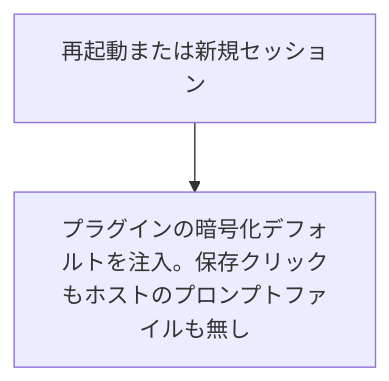
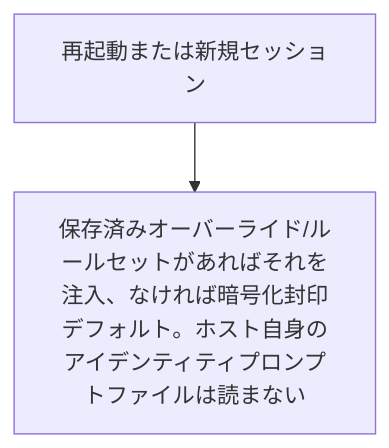
One commit to qiuqianyi66/dsh-purge changed the second of 3 diagrams in README.ja.md. Above: the diagram before and after it, drawn with Mermaid. The commit also changed other lines of this file and 2 other files, not shown here.

````diff
--- a/README.ja.md
+++ b/README.ja.md
@@ -509,4 +515,4 @@
 ```mermaid
 flowchart TD
-  A["再起動または新規セッション"] --> B["プラグインの暗号化デフォルトを注入。保存クリックもホストのプロンプトファイルも無し"]
+  A["再起動または新規セッション"] --> B["保存済みオーバーライド/ルールセットがあればそれを注入、なければ暗号化封印デフォルト。ホスト自身のアイデンティティプロンプトファイルは読まない"]
 ```
````
